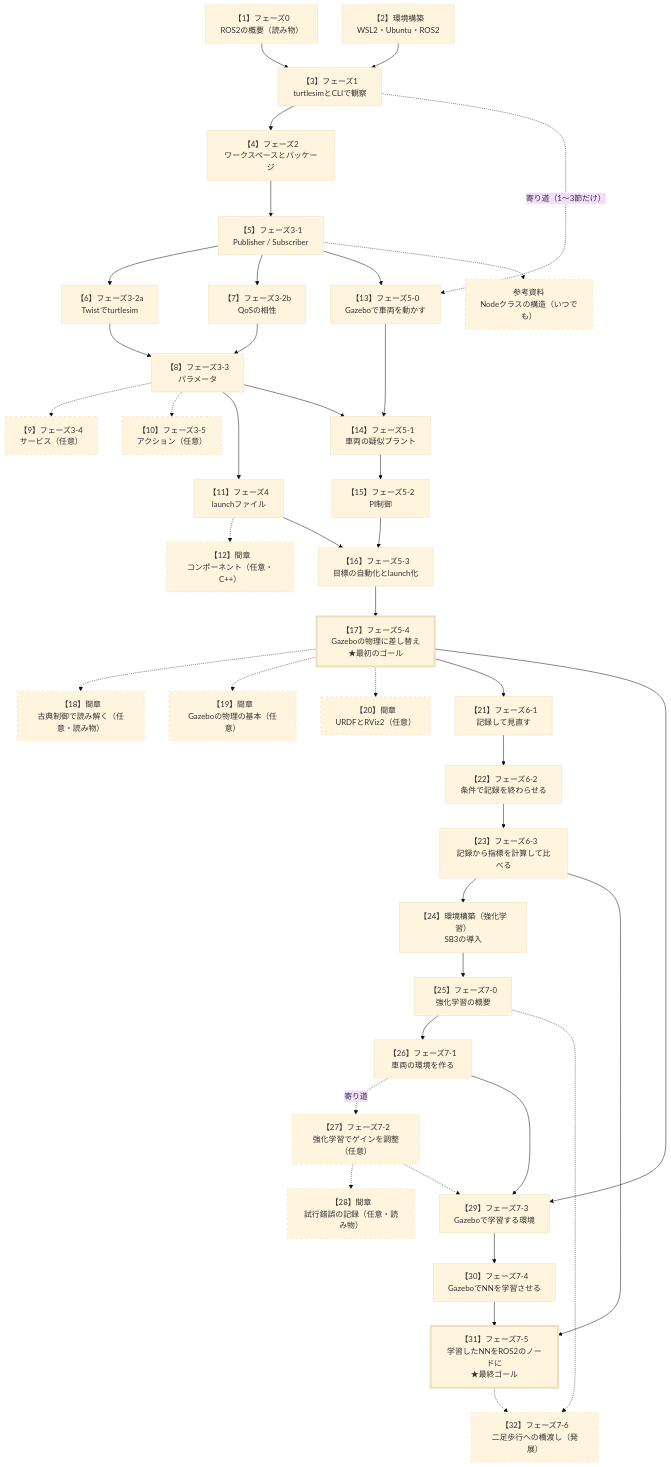
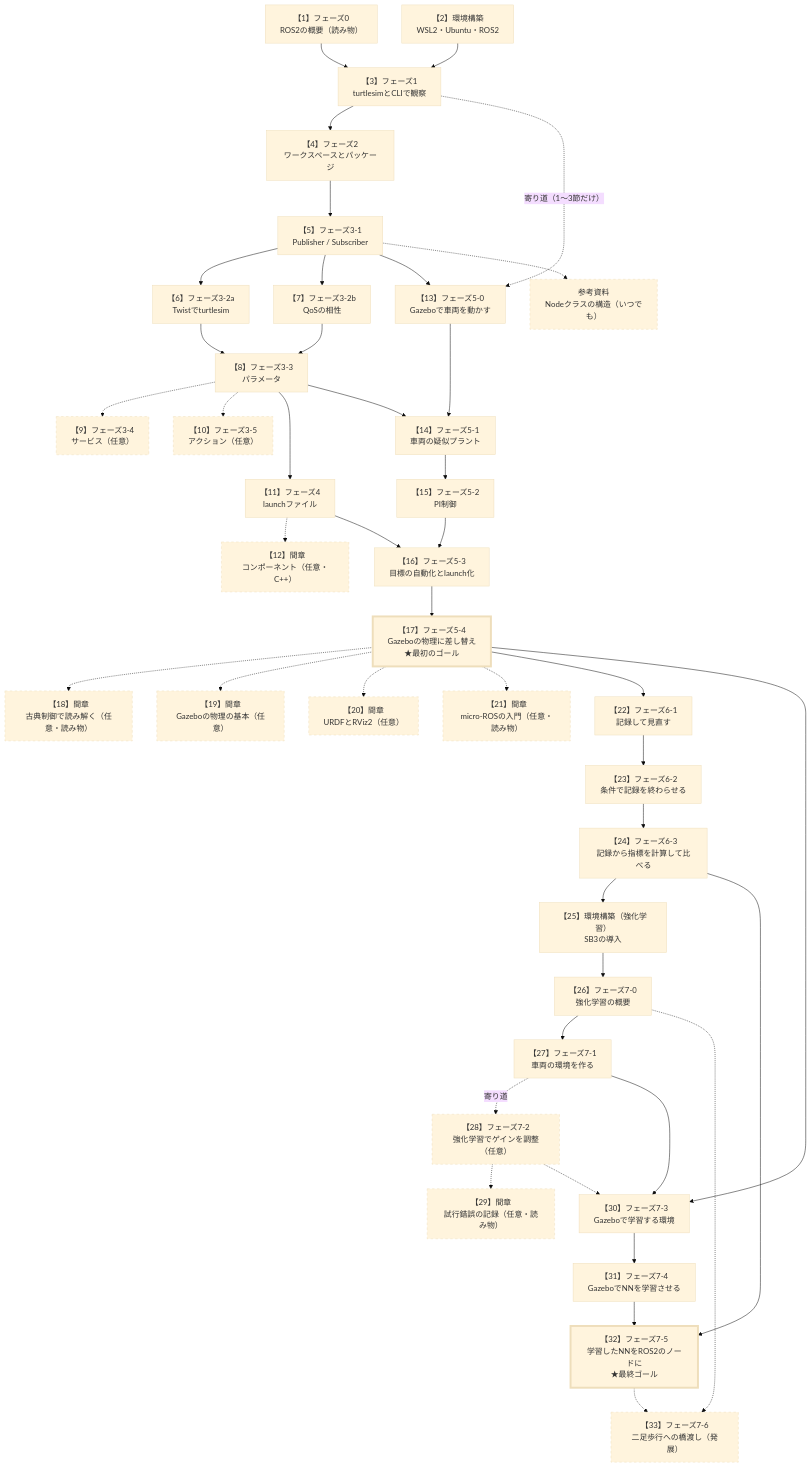
The second of 2 diagrams in README.md (SanghunIm1991/ros2MinimalPhysicalAi), drawn with Mermaid (base theme) before and after one commit. The commit also changed other lines of this file and 6 other files, not shown here.

Commit message:
[claude] 間章「micro-ROSでマイコンをROS2につなぐ」（入門・読み物、実習なし）を追加する。クライアントとエージェントの仕組み、層の構成、通信路、開発の道具とボードの選び方、rclc のノードの骨組み、小さなマイコンで気をつけることを扱う（フェーズ5-4の後の任意の章。READMEの順の21）。公式サイトの文書はCC BY-NDのためリンクだけにする。README・学習計画・フェーズ0・CLAUDE.mdを更新する。セッションレビューの指摘を反映し、QA表に記録

````diff
--- a/README.md
+++ b/README.md
@@ -128,48 +128,49 @@
 ```mermaid
 flowchart TB
     P0["【1】フェーズ0<br/>ROS2の概要（読み物）"] --> P1
     SETUP["【2】環境構築<br/>WSL2・Ubuntu・ROS2"] --> P1
     P1["【3】フェーズ1<br/>turtlesimとCLIで観察"] --> P2["【4】フェーズ2<br/>ワークスペースとパッケージ"]
     P2 --> P31["【5】フェーズ3-1<br/>Publisher / Subscriber"]
     P31 --> P32a["【6】フェーズ3-2a<br/>Twistでturtlesim"]
     P31 --> P32b["【7】フェーズ3-2b<br/>QoSの相性"]
     P32a --> P33["【8】フェーズ3-3<br/>パラメータ"]
     P32b --> P33
     P33 -.-> P34["【9】フェーズ3-4<br/>サービス（任意）"]
     P33 -.-> P35["【10】フェーズ3-5<br/>アクション（任意）"]
     P33 --> P4["【11】フェーズ4<br/>launchファイル"]
     P4 -.-> INT["【12】間章<br/>コンポーネント（任意・C++）"]
     P31 --> P50["【13】フェーズ5-0<br/>Gazeboで車両を動かす"]
     P1 -.->|"寄り道（1〜3節だけ）"| P50
     P33 --> P51["【14】フェーズ5-1<br/>車両の疑似プラント"]
     P50 --> P51
     P51 --> P52["【15】フェーズ5-2<br/>PI制御"]
     P4 --> P53["【16】フェーズ5-3<br/>目標の自動化とlaunch化"]
     P52 --> P53
     P53 --> P54["【17】フェーズ5-4<br/>Gazeboの物理に差し替え<br/>★最初のゴール"]
     P54 -.-> INT3["【18】間章<br/>古典制御で読み解く（任意・読み物）"]
     P54 -.-> INT4["【19】間章<br/>Gazeboの物理の基本（任意）"]
     P54 -.-> INT5["【20】間章<br/>URDFとRViz2（任意）"]
-    P54 --> P61["【21】フェーズ6-1<br/>記録して見直す"]
-    P61 --> P62["【22】フェーズ6-2<br/>条件で記録を終わらせる"]
-    P62 --> P63["【23】フェーズ6-3<br/>記録から指標を計算して比べる"]
-    P63 --> SETRL["【24】環境構築（強化学習）<br/>SB3の導入"]
-    SETRL --> P70["【25】フェーズ7-0<br/>強化学習の概要"]
-    P70 --> P71["【26】フェーズ7-1<br/>車両の環境を作る"]
-    P71 -.->|"寄り道"| P72["【27】フェーズ7-2<br/>強化学習でゲインを調整（任意）"]
-    P72 -.-> INT2["【28】間章<br/>試行錯誤の記録（任意・読み物）"]
+    P54 -.-> INT6["【21】間章<br/>micro-ROSの入門（任意・読み物）"]
+    P54 --> P61["【22】フェーズ6-1<br/>記録して見直す"]
+    P61 --> P62["【23】フェーズ6-2<br/>条件で記録を終わらせる"]
+    P62 --> P63["【24】フェーズ6-3<br/>記録から指標を計算して比べる"]
+    P63 --> SETRL["【25】環境構築（強化学習）<br/>SB3の導入"]
+    SETRL --> P70["【26】フェーズ7-0<br/>強化学習の概要"]
+    P70 --> P71["【27】フェーズ7-1<br/>車両の環境を作る"]
+    P71 -.->|"寄り道"| P72["【28】フェーズ7-2<br/>強化学習でゲインを調整（任意）"]
+    P72 -.-> INT2["【29】間章<br/>試行錯誤の記録（任意・読み物）"]
     P54 --> P73
-    P71 --> P73["【29】フェーズ7-3<br/>Gazeboで学習する環境"]
+    P71 --> P73["【30】フェーズ7-3<br/>Gazeboで学習する環境"]
     P72 -.-> P73
-    P73 --> P74["【30】フェーズ7-4<br/>GazeboでNNを学習させる"]
+    P73 --> P74["【31】フェーズ7-4<br/>GazeboでNNを学習させる"]
     P63 --> P75
-    P74 --> P75["【31】フェーズ7-5<br/>学習したNNをROS2のノードに<br/>★最終ゴール"]
+    P74 --> P75["【32】フェーズ7-5<br/>学習したNNをROS2のノードに<br/>★最終ゴール"]
     P70 -.-> P76
-    P75 -.-> P76["【32】フェーズ7-6<br/>二足歩行への橋渡し（発展）"]
+    P75 -.-> P76["【33】フェーズ7-6<br/>二足歩行への橋渡し（発展）"]
     P31 -.-> REF["参考資料<br/>Nodeクラスの構造（いつでも）"]
 
     classDef optional stroke-dasharray: 5 5
     classDef goal stroke-width: 4px
-    class P34,P35,INT,INT3,INT4,INT5,REF,P72,INT2,P76 optional
+    class P34,P35,INT,INT3,INT4,INT5,INT6,REF,P72,INT2,P76 optional
     class P54,P75 goal
 ```
````
